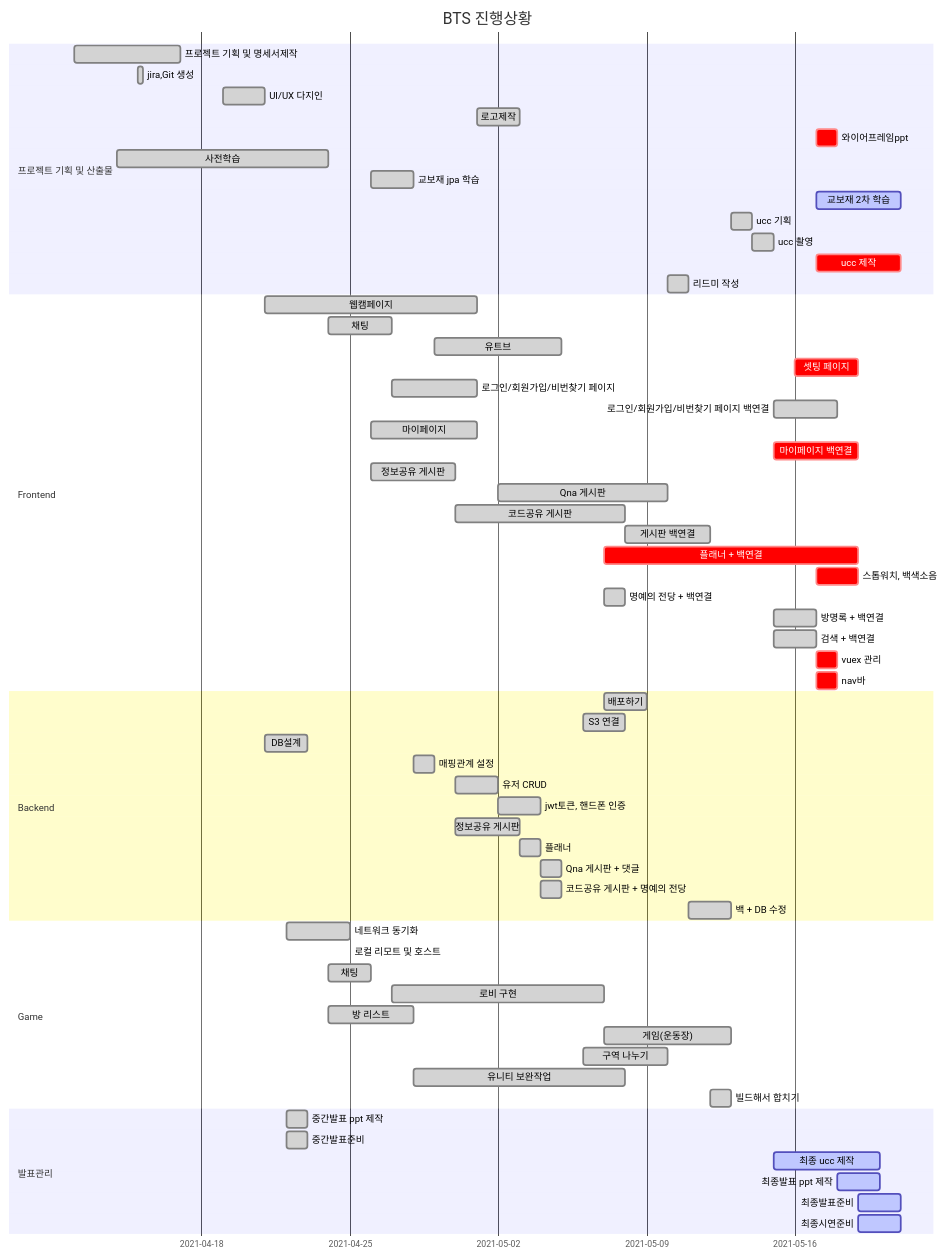
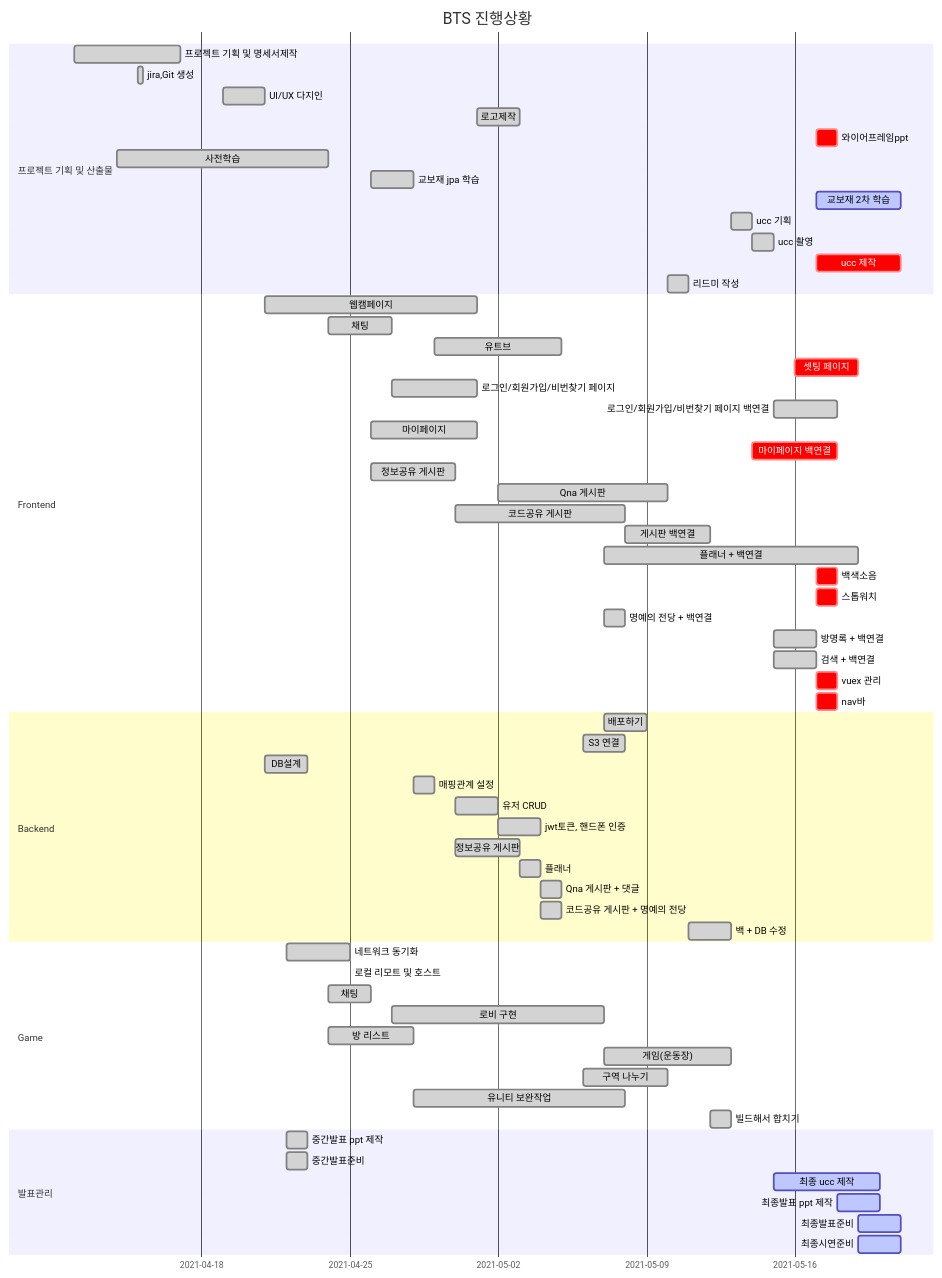
Before and after one commit to Luminousjiny/PJT_BTS: the diagram in README.md, drawn with Mermaid.

Commit message:
간트차트 업데이트

````diff
--- a/README.md
+++ b/README.md
@@ -50,71 +50,72 @@
 ```mermaid
 gantt
     title BTS 진행상황
     dateFormat  YYYY-MM-DD
     section 프로젝트 기획 및 산출물
     프로젝트 기획 및 명세서제작 : done, 2021-04-12, 5d
     jira,Git 생성  :done, 2021-04-15, 6h
     UI/UX 다지인  : done,   2021-04-19, 2d
     로고제작 : done, 2021-05-01, 2d
     와이어프레임ppt : crit, 2021-05-17, 1d
     사전학습  : done, 2021-04-14, 10d
     교보재 jpa 학습 : done, 2021-04-26, 2d
     교보재 2차 학습 : active, 2021-05-17, 4d
     ucc 기획 : done, 2021-05-13, 1d
     ucc 촬영 : done, 2021-05-14, 1d
     ucc 제작 : crit, 2021-05-17, 4d
     리드미 작성 : done, 2021-05-10, 1d
 
     section Frontend
     웹캠페이지 : done, 2021-04-21, 10d
     채팅 : done, 2021-04-24, 3d
     유트브 : done, 2021-04-29, 6d
     셋팅 페이지 : crit, 2021-05-16, 3d
     로그인/회원가입/비번찾기 페이지 : done, 2021-04-27, 4d
     로그인/회원가입/비번찾기 페이지 백연결 : done, 2021-05-15, 3d
     마이페이지 : done, 2021-04-26, 5d
-    마이페이지 백연결 : crit, 2021-05-15, 4d
+    마이페이지 백연결 : crit, 2021-05-14, 4d
     정보공유 게시판 : done, 2021-04-26, 4d
     Qna 게시판 : done, 2021-05-02, 8d
     코드공유 게시판 : done, 2021-04-30, 8d
     게시판 백연결 : done, 2021-05-08, 4d
-    플래너 + 백연결 : crit, 2021-05-07, 12d
-    스톱워치, 백색소음 : crit, 2021-05-17, 2d
+    플래너 + 백연결 : done, 2021-05-07, 12d
+    백색소음 : crit, 2021-05-17, 1d
+    스톱워치 : crit, 2021-05-17, 1d
     명예의 전당 + 백연결 : done, 2021-05-07, 1d
     방명록 + 백연결 : done, 2021-05-15, 2d
     검색 + 백연결 : done, 2021-05-15, 2d 
     vuex 관리 : crit, 2021-05-17, 1d
     nav바 : crit, 2021-05-17, 1d
     
     section Backend
     배포하기 : done, 2021-05-07, 2d
     S3 연결 : done, 2021-05-06, 2d
     DB설계 : done, 2021-04-21, 2d
     매핑관계 설정 : done, 2021-04-28, 1d
     유저 CRUD : done, 2021-04-30, 2d
     jwt토큰, 핸드폰 인증 : done, 2021-05-02,2d 
     정보공유 게시판 : done, 2021-04-30, 3d
     플래너 : done, 2021-05-03, 1d
     Qna 게시판 + 댓글 : done, 2021-05-04, 1d
     코드공유 게시판 + 명예의 전당 : done, 2021-05-04, 1d 
     백 + DB 수정 : done, 2021-05-11, 2d
     
     section Game
 	네트워크 동기화 : done, 2021-04-22, 3d
 	로컬 리모트 및 호스트 : done, 2021-04-23 1d
 	채팅 : done, 2021-04-24, 2d
 	로비 구현 : done, 2021-04-27, 10d
     방 리스트 : done, 2021-04-24, 4d
     게임(운동장) : done, 2021-05-07,6d
     구역 나누기 : done, 2021-05-06, 4d
     유니티 보완작업 : done, 2021-04-28, 10d
     빌드해서 합치기 : done, 2021-05-12, 1d
     
     section 발표관리
     중간발표 ppt 제작 : done, 2021-04-22, 1d
     중간발표준비 : done, 2021-04-22, 1d
     최종 ucc 제작 : active, 2021-05-15, 5d
     최종발표 ppt 제작 : active, 2021-05-18, 2d
     최종발표준비 : active, 2021-05-19, 2d
     최종시연준비 : active, 2021-05-19, 2d
 ```
````
